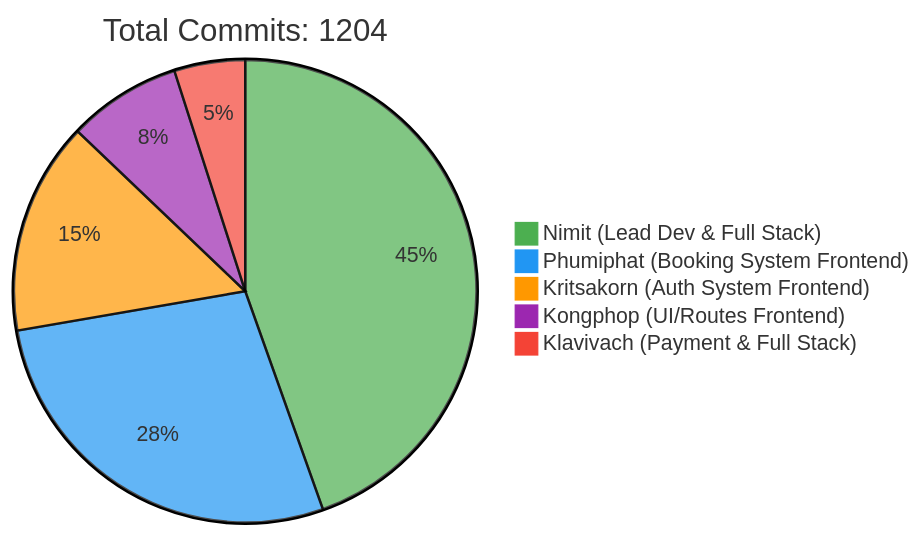
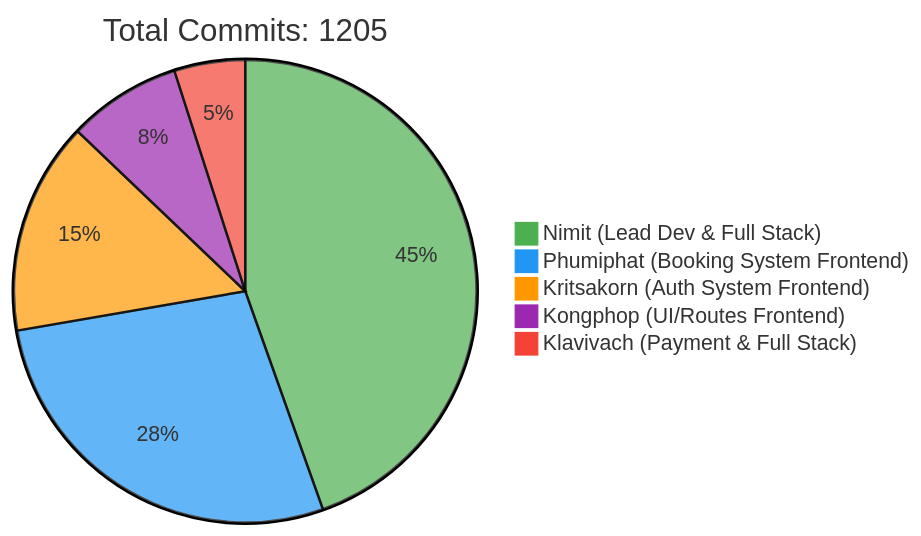
One commit to 6531503042/Sport-Complex changed the first of 2 diagrams in README.md. Above: the diagram before and after it, drawn with Mermaid. The commit also changed other lines of this file, not shown here.

Commit message:
docs: Update contributor statistics [skip ci]

````diff
--- a/README.md
+++ b/README.md
@@ -257,10 +257,10 @@
 ```mermaid
 %%{init: {'theme': 'base', 'themeVariables': { 'pie1': '#4CAF50', 'pie2': '#2196F3', 'pie3': '#FF9800', 'pie4': '#9C27B0', 'pie5': '#F44336'}}}%%
 pie
-    title Total Commits: 1204
+    title Total Commits: 1205
     "Nimit (Lead Dev & Full Stack)" : 450
     "Phumiphat (Booking System Frontend)" : 280
     "Kritsakorn (Auth System Frontend)" : 150
     "Kongphop (UI/Routes Frontend)" : 80
     "Klavivach (Payment & Full Stack)" : 50
 ```
````
